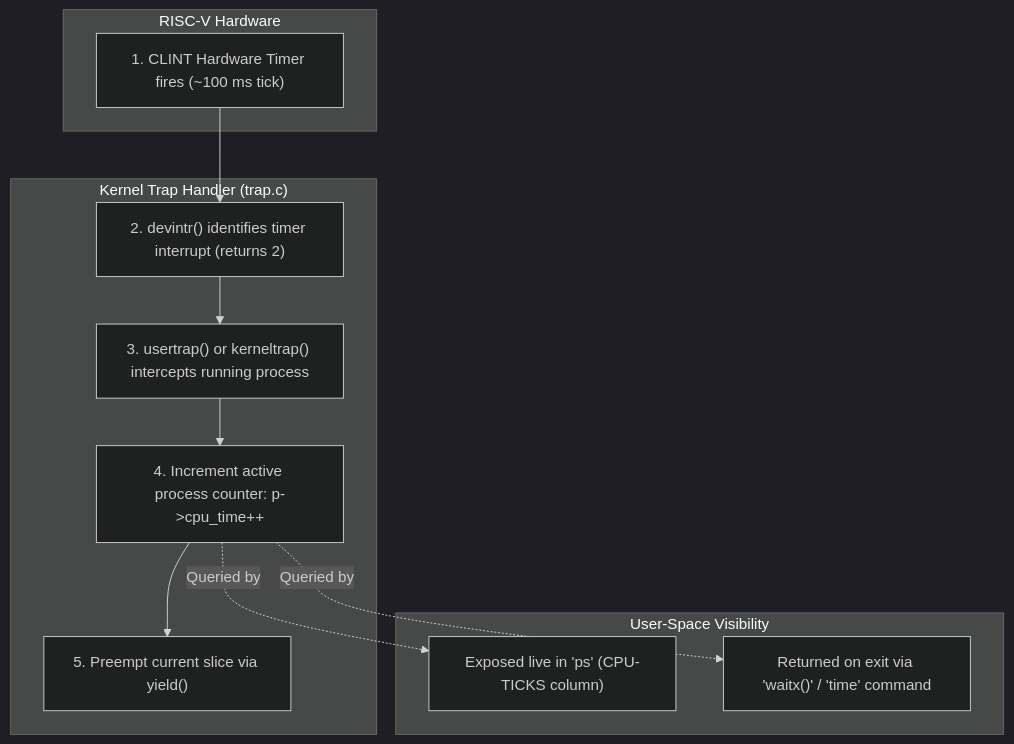
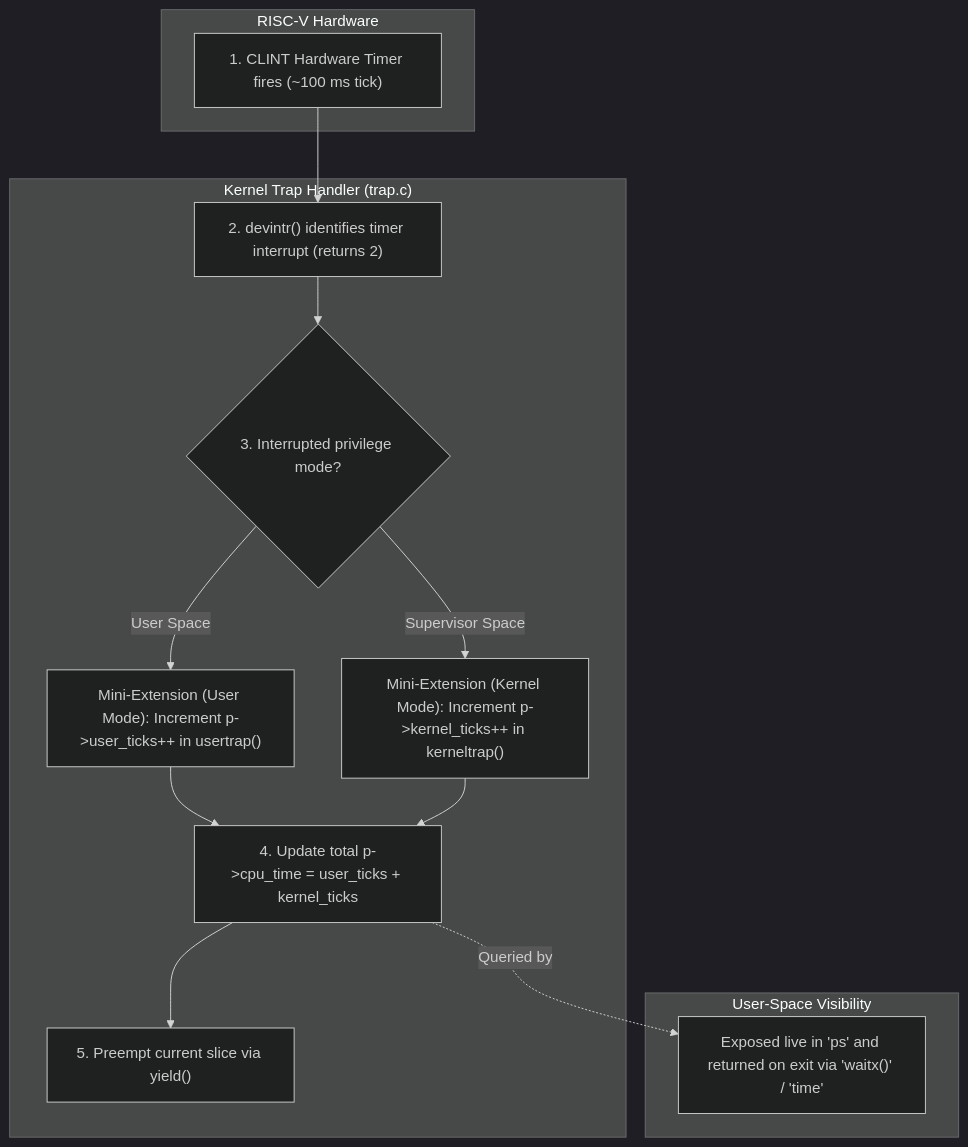
One commit to asbahkhan67-ctrl/xv6-riscv changed the fourth of 21 diagrams in README.md. Above: the diagram before and after it, drawn with Mermaid (dark theme). The commit also changed other lines of this file, not shown here.

````diff
--- a/README.md
+++ b/README.md
@@ -240,22 +262,25 @@
 ```mermaid
 flowchart TD
     subgraph Hardware["RISC-V Hardware"]
         H1["1. CLINT Hardware Timer fires (~100 ms tick)"]
     end
 
     subgraph Kernel["Kernel Trap Handler (trap.c)"]
         T1["2. devintr() identifies timer interrupt (returns 2)"]
-        T2["3. usertrap() or kerneltrap() intercepts running process"]
-        T3["4. Increment active process counter: p->cpu_time++"]
+        T2{"3. Interrupted privilege mode?"}
+        TU["Mini-Extension (User Mode): Increment p->user_ticks++ in usertrap()"]
+        TK["Mini-Extension (Kernel Mode): Increment p->kernel_ticks++ in kerneltrap()"]
+        T3["4. Update total p->cpu_time = user_ticks + kernel_ticks"]
         T4["5. Preempt current slice via yield()"]
     end
 
     subgraph Consumers["User-Space Visibility"]
-        C1["Exposed live in 'ps' (CPU-TICKS column)"]
-        C2["Returned on exit via 'waitx()' / 'time' command"]
+        C1["Exposed live in 'ps' and returned on exit via 'waitx()' / 'time'"]
     end
 
-    H1 --> T1 --> T2 --> T3 --> T4
+    H1 --> T1 --> T2
+    T2 -- "User Space" --> TU --> T3
+    T2 -- "Supervisor Space" --> TK --> T3
+    T3 --> T4
     T3 -. "Queried by" .-> C1
-    T3 -. "Queried by" .-> C2
 ```
````
